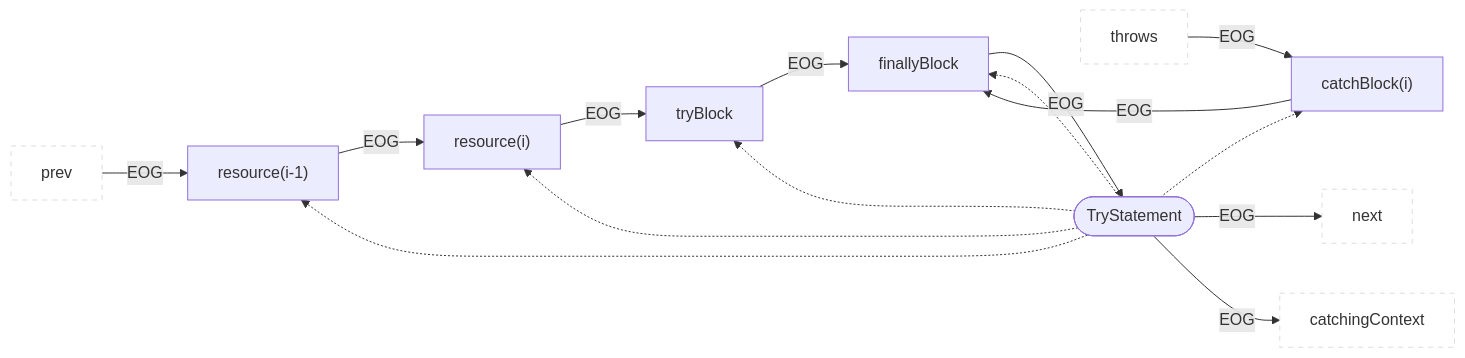
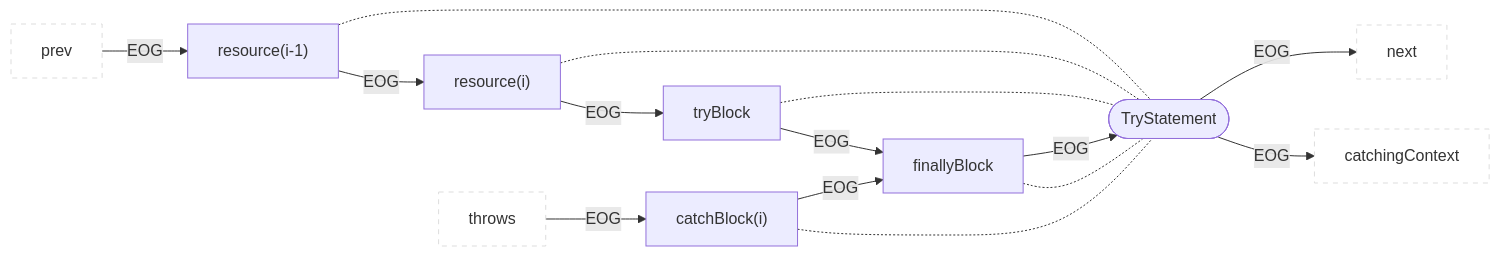
Before and after one commit to Fraunhofer-AISEC/cpg: diagram 17 of 36 in cpg-core/specifications/eog.md, drawn with Mermaid. The commit also changed other lines of this file, not shown here.

````diff
--- a/cpg-core/specifications/eog.md
+++ b/cpg-core/specifications/eog.md
@@ -299,19 +349,18 @@
 ```mermaid
 flowchart LR
   classDef outer fill:#fff,stroke:#ddd,stroke-dasharray:5 5;
-  prev:::outer --EOG--> child1["resource(i-1)"]
-  throws:::outer --EOG-->child5["catchBlock(i)"]
-  child1 --EOG-->child2["resource(i)"]
-  child2 --EOG-->child3["tryBlock"]
-  child3 --EOG-->child4["finallyBlock"]
-  child5 --EOG-->child4
-  child4 --EOG-->parent
-  parent -.-> child1
-  parent -.-> child2
-  parent -.-> child3
-  parent -.-> child4
-  parent -.-> child5
+  prev:::outer -- EOG --> resource["resource(i-1)"];
+  resource -.- parent
+  resource -- EOG --> resourceI["resource(i)"]
+  resourceI -.- parent
+  resourceI -- EOG --> try["tryBlock"]
+  try -.- parent
+  throws:::outer -- EOG --> catch["catchBlock(i)"]
+  try -- EOG --> finally["finallyBlock"]
   parent([TryStatement]) --EOG--> next:::outer
-  parent([TryStatement]) --EOG--> catchingContext:::outer
-
+  parent --EOG--> catchingContext:::outer
+  catch -- EOG --> finally
+  finally -- EOG --> parent
+  finally -.- parent
+  catch -.- parent
 ```
````
